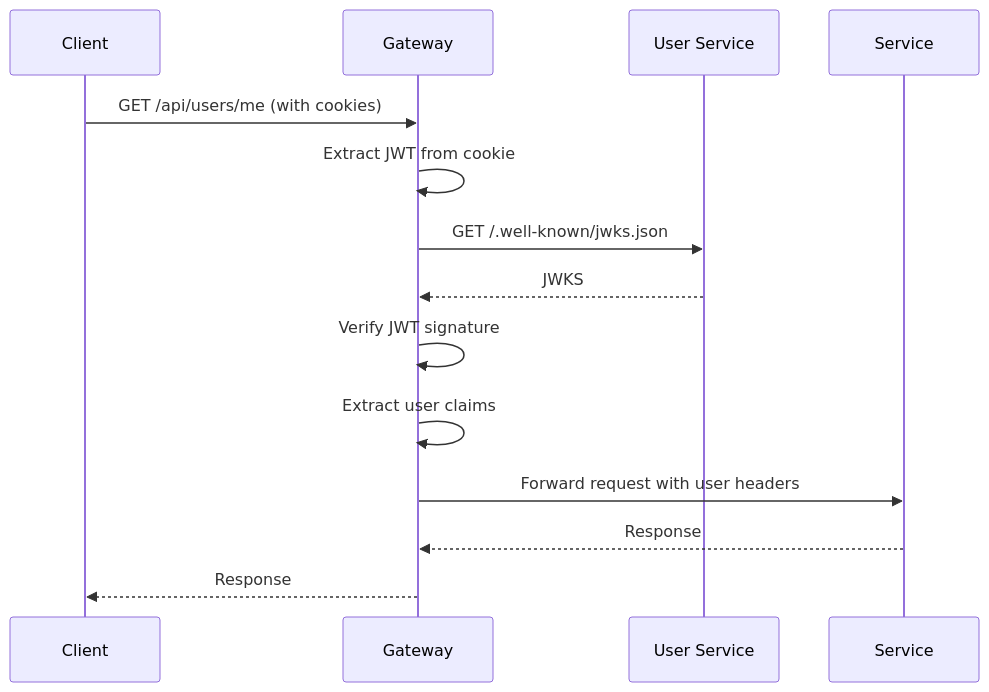
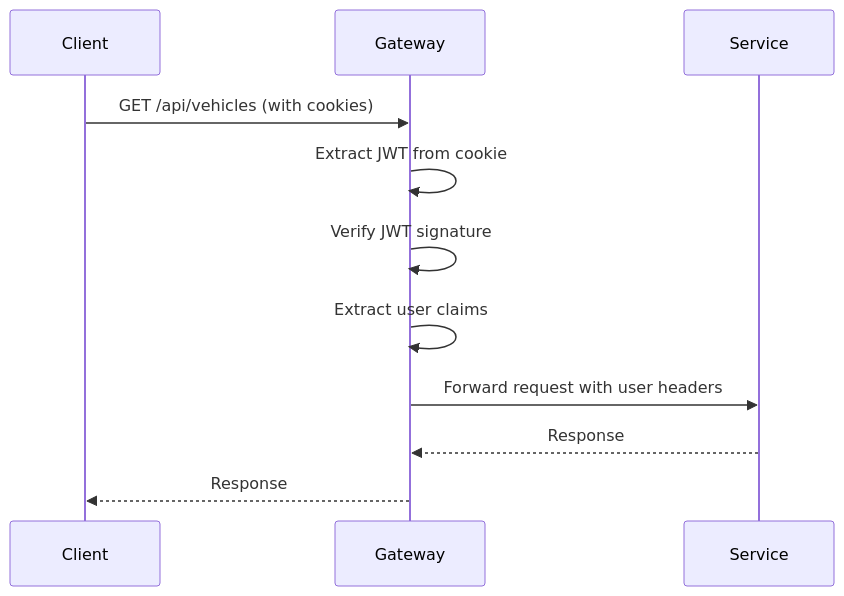
One commit to yaser-alazm/TMS changed the fourth of 6 diagrams in docs/AUTHENTICATION.md. Above: the diagram before and after it, drawn with Mermaid. The commit also changed other lines of this file and 1 other file, not shown here.

````diff
--- a/docs/AUTHENTICATION.md
+++ b/docs/AUTHENTICATION.md
@@ -274,17 +293,14 @@
 ```mermaid
 sequenceDiagram
     participant C as Client
     participant G as Gateway
-    participant U as User Service
     participant S as Service
 
-    C->>G: GET /api/users/me (with cookies)
+    C->>G: GET /api/vehicles (with cookies)
     G->>G: Extract JWT from cookie
-    G->>U: GET /.well-known/jwks.json
-    U-->>G: JWKS
     G->>G: Verify JWT signature
     G->>G: Extract user claims
     G->>S: Forward request with user headers
     S-->>G: Response
     G-->>C: Response
 ```
````
